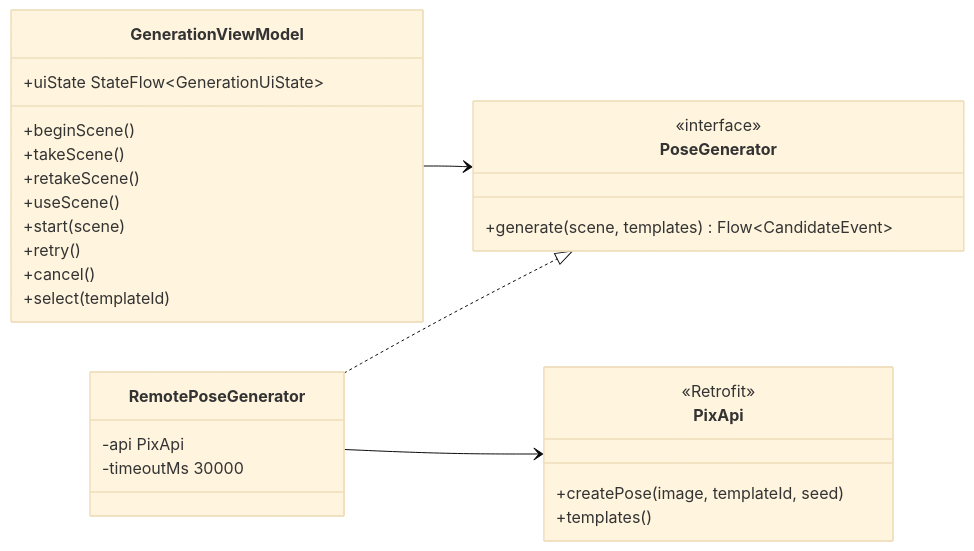
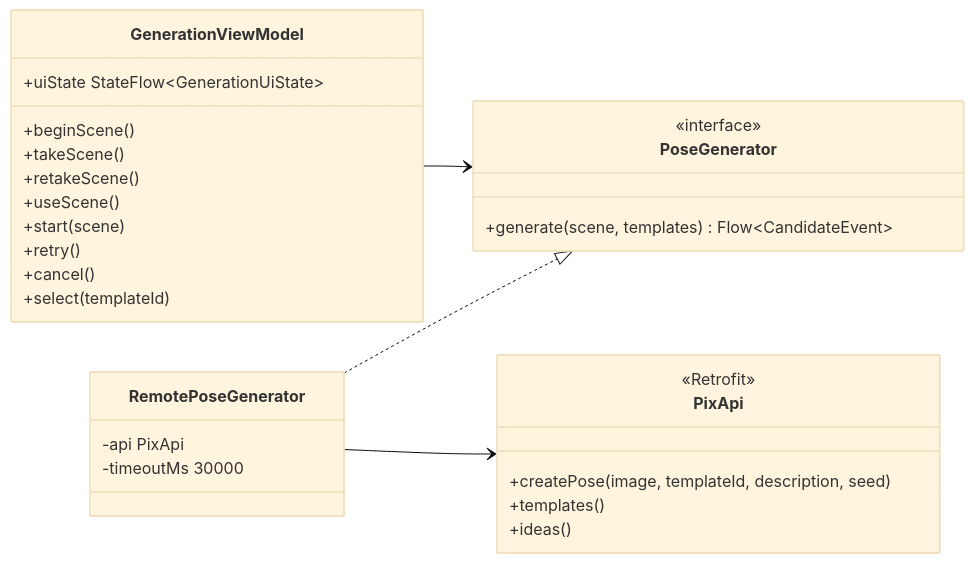
One commit to snuhcs-course/swpp-2026-project-team-10 changed the eighth of 12 diagrams in wiki/Design-Documentation.md. Above: the diagram before and after it, drawn with Mermaid (base theme). The commit also changed other lines of this file, not shown here.

````diff
--- a/wiki/Design-Documentation.md
+++ b/wiki/Design-Documentation.md
@@ -429,31 +576,32 @@
 ```mermaid
 classDiagram
   direction LR
   class GenerationViewModel {
     +uiState StateFlow~GenerationUiState~
     +beginScene()
     +takeScene()
     +retakeScene()
     +useScene()
     +start(scene)
     +retry()
     +cancel()
     +select(templateId)
   }
   class PoseGenerator {
     <<interface>>
     +generate(scene, templates) Flow~CandidateEvent~
   }
   class RemotePoseGenerator {
     -api PixApi
     -timeoutMs 30000
   }
   class PixApi {
     <<Retrofit>>
-    +createPose(image, templateId, seed)
+    +createPose(image, templateId, description, seed)
     +templates()
+    +ideas()
   }
   GenerationViewModel --> PoseGenerator
   RemotePoseGenerator ..|> PoseGenerator
   RemotePoseGenerator --> PixApi
 ```
````
